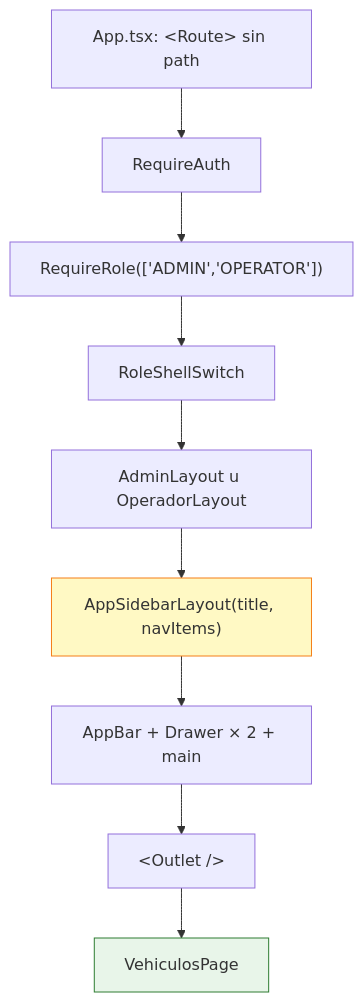
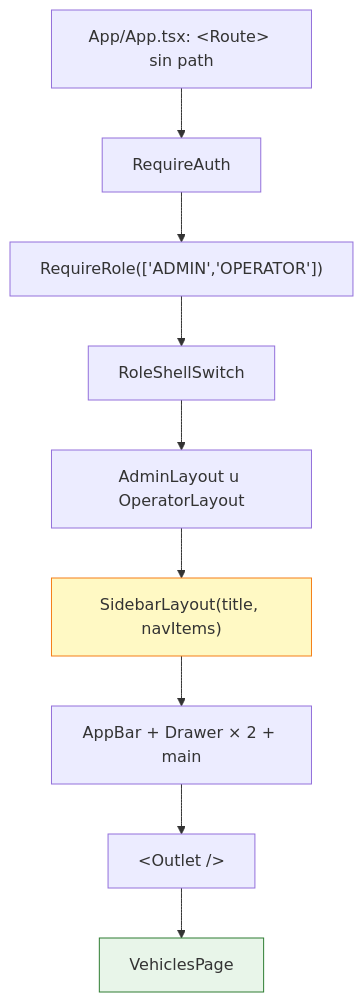
The third of 3 diagrams in docs/manual-tecnico/21-frontend-componentes.md (roman5983/Gesti-n-Log-stica-y-Flota-), drawn with Mermaid before and after one commit. The commit also changed other lines of this file and 55 other files, not shown here.

````diff
--- a/docs/manual-tecnico/21-frontend-componentes.md
+++ b/docs/manual-tecnico/21-frontend-componentes.md
@@ -937,14 +937,14 @@
 ```mermaid
 graph TB
-    A["App.tsx: &lt;Route&gt; sin path"] --> B["RequireAuth"]
+    A["App/App.tsx: &lt;Route&gt; sin path"] --> B["RequireAuth"]
     B --> C["RequireRole(['ADMIN','OPERATOR'])"]
     C --> D["RoleShellSwitch"]
-    D --> E["AdminLayout u OperadorLayout"]
-    E --> F["AppSidebarLayout(title, navItems)"]
+    D --> E["AdminLayout u OperatorLayout"]
+    E --> F["SidebarLayout(title, navItems)"]
     F --> G["AppBar + Drawer × 2 + main"]
     G --> H["&lt;Outlet /&gt;"]
-    H --> I["VehiculosPage"]
+    H --> I["VehiclesPage"]
 
     style F fill:#fff9c4,stroke:#f57f17
     style I fill:#e8f5e9,stroke:#2e7d32
 ```
````
